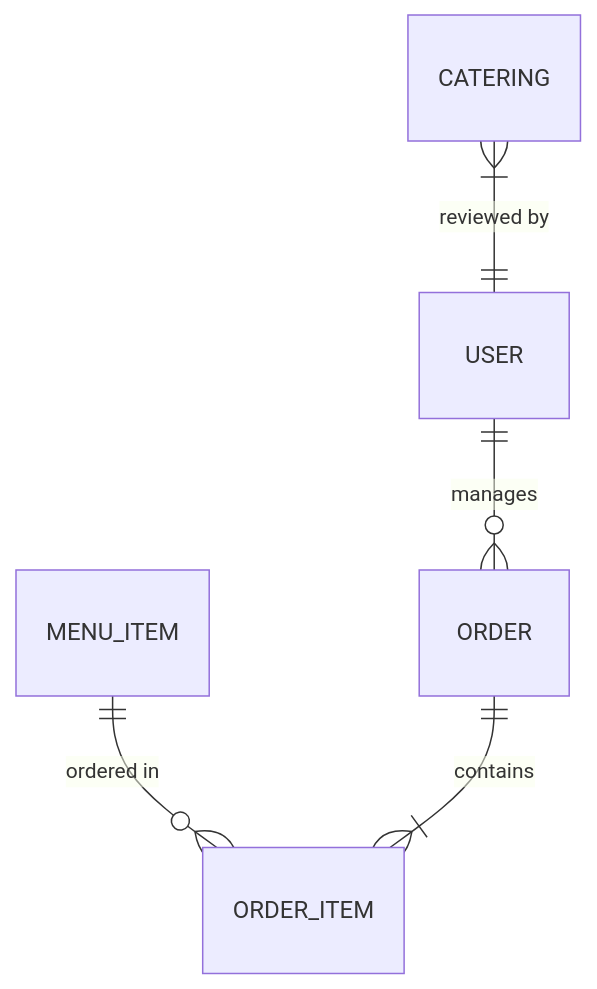
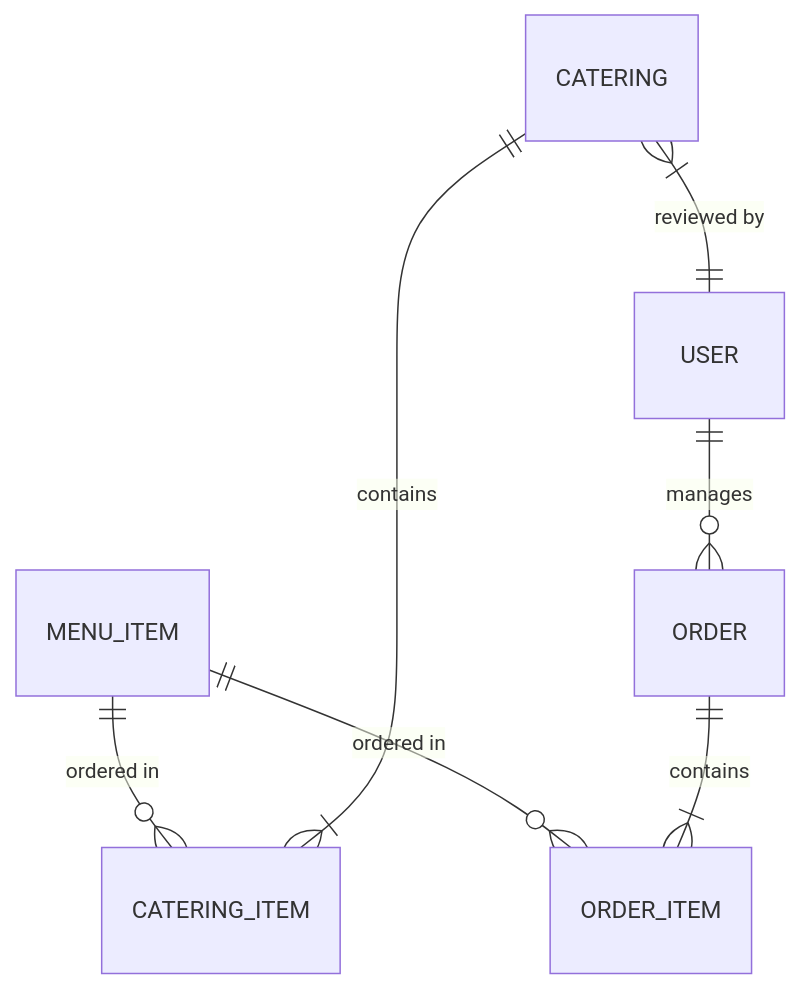
One commit to FaizDADAR/de_roemah_makan changed the diagram in docs/architecture/database_schema.md. Above: the diagram before and after it, drawn with Mermaid. The commit also changed other lines of this file and 1 other file, not shown here.

Commit message:
docs: update database schema and change log with latest UI/UX enhancements

````diff
--- a/docs/architecture/database_schema.md
+++ b/docs/architecture/database_schema.md
@@ -7,7 +7,9 @@
 ```mermaid
 erDiagram
     MENU_ITEM ||--o{ ORDER_ITEM : "ordered in"
     ORDER ||--|{ ORDER_ITEM : "contains"
+    MENU_ITEM ||--o{ CATERING_ITEM : "ordered in"
+    CATERING ||--|{ CATERING_ITEM : "contains"
     USER ||--o{ ORDER : "manages"
     CATERING }|--|| USER : "reviewed by"
 ```
````
